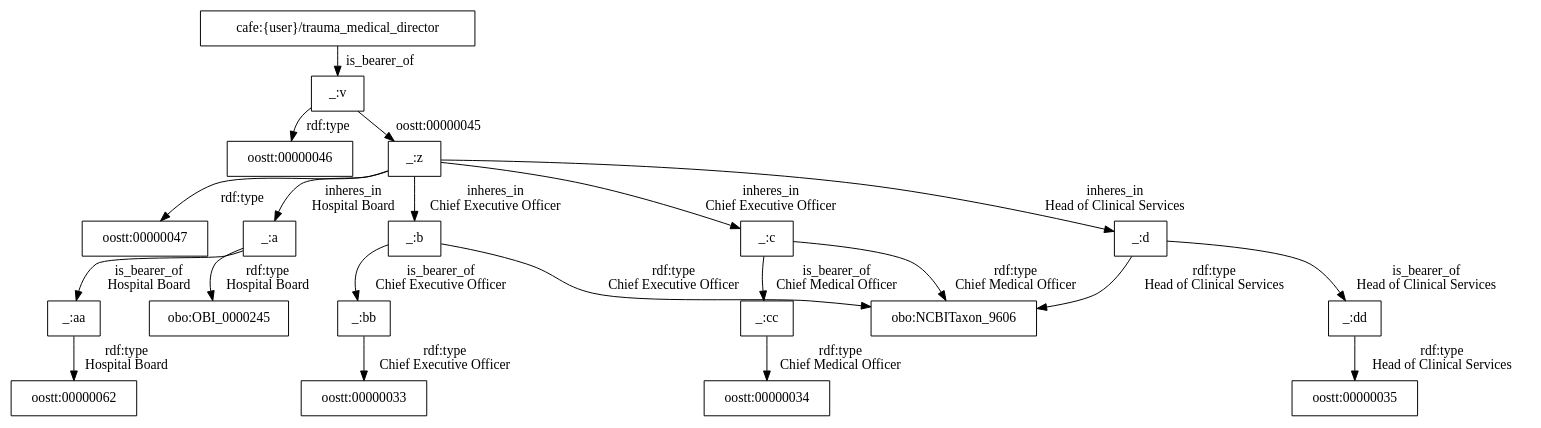
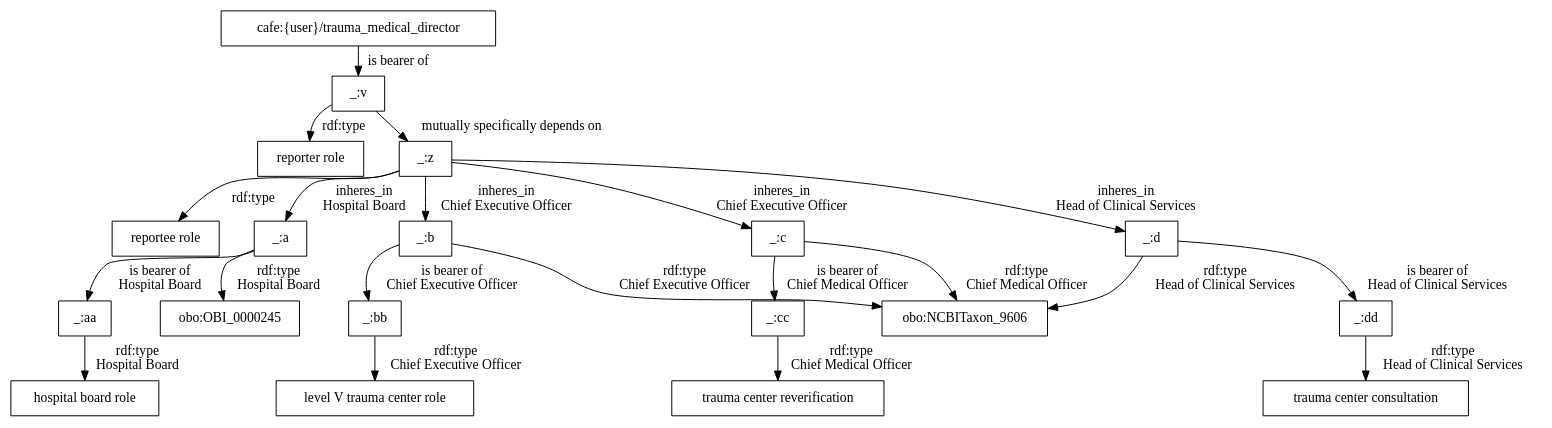
Before and after one commit to utecht/dideo-server: the diagram in cafe/graphs/138.dot, drawn with Graphviz. The commit also changed 20 other files, not shown here.

Commit message:
more graph syntax

```diff
--- a/cafe/graphs/138.dot
+++ b/cafe/graphs/138.dot
@@ -1,39 +1,39 @@
 digraph g { node [shape=rectangle];
 graph [splines=true, nodesep=.5, ranksep=0, overlap=false];
-"cafe:{user}/trauma_medical_director" -> "_:v" [label="is_bearer_of"]
-"_:v" -> "oostt:00000046" [label="rdf:type"]
-"_:v" -> "_:z" [label="oostt:00000045"]
-"_:z" -> "oostt:00000047" [label="rdf:type"]
-"_:a" -> "_:aa" [label="is_bearer_of
+"cafe:{user}/trauma_medical_director" -> "_:v" [label="is bearer of"]
+"_:v" -> "reporter role" [label="rdf:type"]
+"_:v" -> "_:z" [label="mutually specifically depends on"]
+"_:z" -> "reportee role" [label="rdf:type"]
+"_:a" -> "_:aa" [label="is bearer of
 Hospital Board"]
 "_:a" -> "obo:OBI_0000245" [label="rdf:type
 Hospital Board"]
-"_:aa" -> "oostt:00000062" [label="rdf:type
+"_:aa" -> "hospital board role" [label="rdf:type
 Hospital Board"]
-"_:bb" -> "oostt:00000033" [label="rdf:type
+"_:bb" -> "level V trauma center role" [label="rdf:type
 Chief Executive Officer"]
-"_:dd" -> "oostt:00000035" [label="rdf:type
+"_:dd" -> "trauma center consultation" [label="rdf:type
 Head of Clinical Services"]
-"_:cc" -> "oostt:00000034" [label="rdf:type
+"_:cc" -> "trauma center reverification" [label="rdf:type
 Chief Medical Officer"]
-"_:b" -> "_:bb" [label="is_bearer_of
+"_:b" -> "_:bb" [label="is bearer of
 Chief Executive Officer"]
-"_:c" -> "_:cc" [label="is_bearer_of
+"_:c" -> "_:cc" [label="is bearer of
 Chief Medical Officer"]
-"_:d" -> "_:dd" [label="is_bearer_of
+"_:d" -> "_:dd" [label="is bearer of
 Head of Clinical Services"]
 "_:b" -> "obo:NCBITaxon_9606" [label="rdf:type
 Chief Executive Officer"]
 "_:c" -> "obo:NCBITaxon_9606" [label="rdf:type
 Chief Medical Officer"]
 "_:d" -> "obo:NCBITaxon_9606" [label="rdf:type
 Head of Clinical Services"]
 "_:z" -> "_:b" [label="inheres_in
 Chief Executive Officer"]
 "_:z" -> "_:c" [label="inheres_in
 Chief Executive Officer"]
 "_:z" -> "_:d" [label="inheres_in
 Head of Clinical Services"]
 "_:z" -> "_:a" [label="inheres_in
 Hospital Board"]
 }
```
